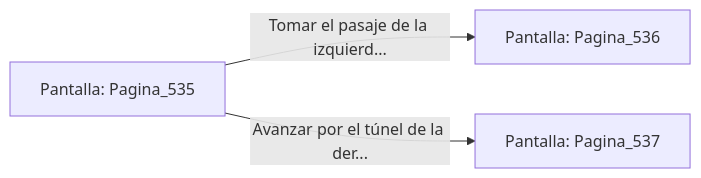
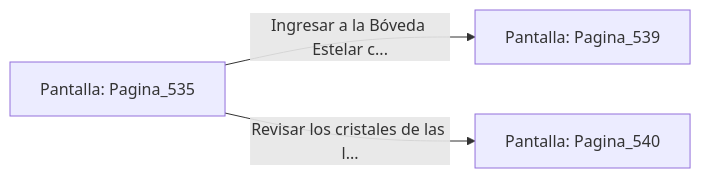
Before and after one commit to metsuke/mpl: the diagram in sample/eligejuego-vault/Pantalla_Pagina_535.md, drawn with Mermaid. The commit also changed other lines of this file and 635 other files, not shown here.

First line of the commit message:
fix: añadir Pagina_1 como pantalla inicial en capitulo_01.mpl

````diff
--- a/sample/eligejuego-vault/Pantalla_Pagina_535.md
+++ b/sample/eligejuego-vault/Pantalla_Pagina_535.md
@@ -20,6 +24,6 @@
 ```mermaid
 graph LR
     P_Pagina_535["Pantalla: Pagina_535"]
-    P_Pagina_535 -->|"Tomar el pasaje de la izquierd..."| P_Pagina_536["Pantalla: Pagina_536"]
-    P_Pagina_535 -->|"Avanzar por el túnel de la der..."| P_Pagina_537["Pantalla: Pagina_537"]
+    P_Pagina_535 -->|"Ingresar a la Bóveda Estelar c..."| P_Pagina_539["Pantalla: Pagina_539"]
+    P_Pagina_535 -->|"Revisar los cristales de las l..."| P_Pagina_540["Pantalla: Pagina_540"]
 ```
````
